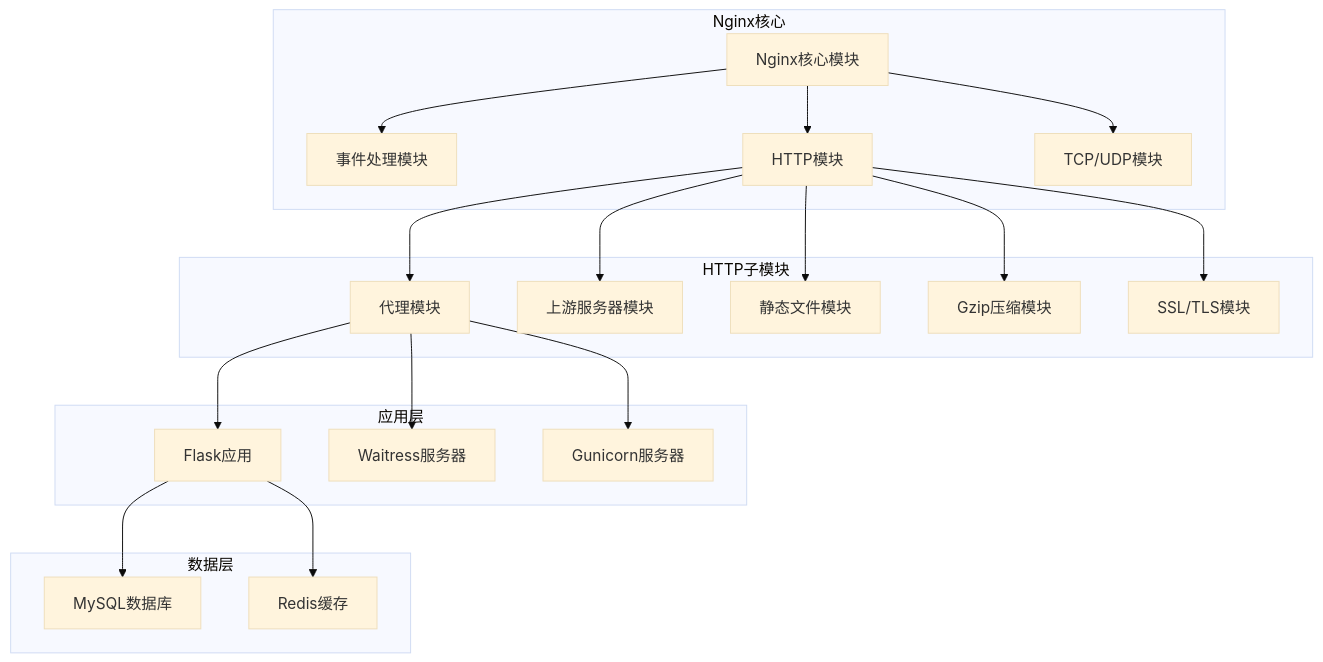
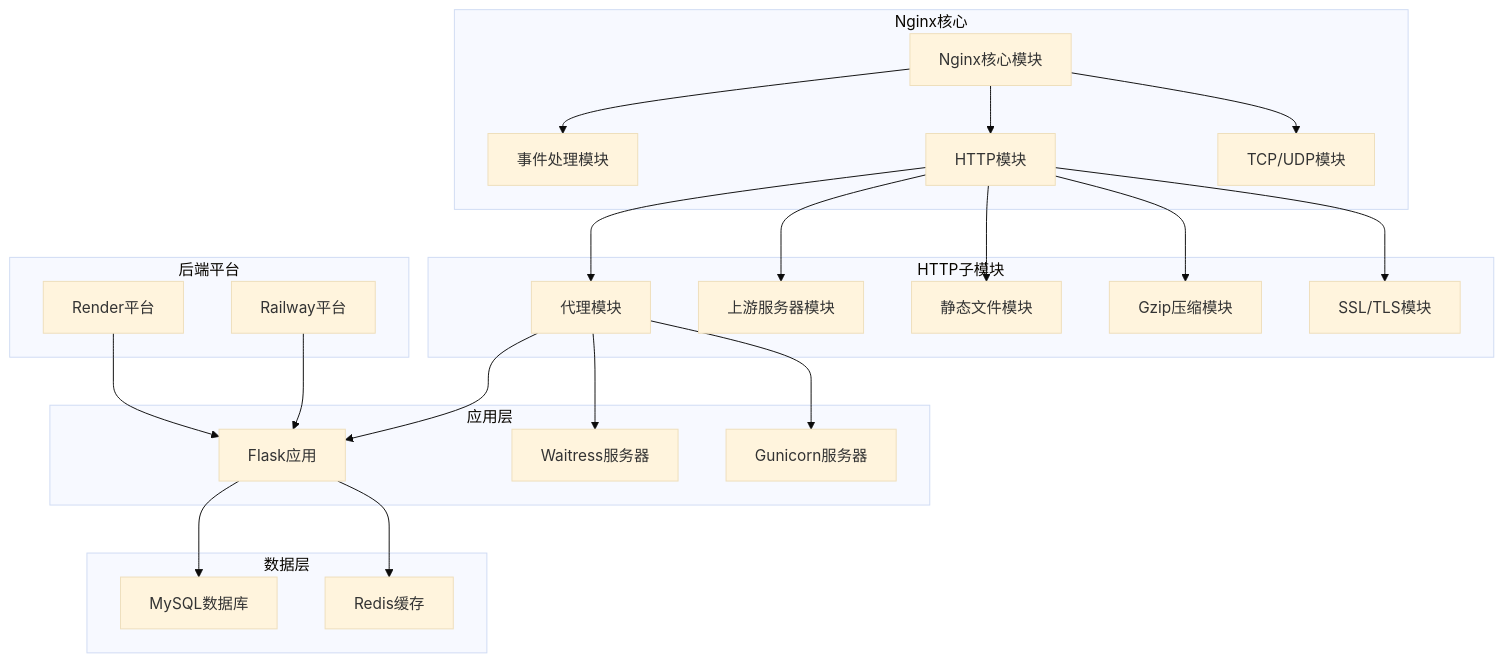
Before and after one commit to wyg5208/website_diy: the ninth of 11 diagrams in .qoder/repowiki/zh/content/技术架构设计/部署架构设计/Nginx反向代理配置.md, drawn with Mermaid (base theme). The commit also changed other lines of this file and 7 other files, not shown here.

````diff
--- a/.qoder/repowiki/zh/content/技术架构设计/部署架构设计/Nginx反向代理配置.md
+++ b/.qoder/repowiki/zh/content/技术架构设计/部署架构设计/Nginx反向代理配置.md
@@ -356,38 +384,44 @@
 ```mermaid
 graph TB
 subgraph "Nginx核心"
 Core[Nginx核心模块]
 Events[事件处理模块]
 Http[HTTP模块]
 Stream[TCP/UDP模块]
 end
 subgraph "HTTP子模块"
 Proxy[代理模块]
 Upstream[上游服务器模块]
 Static[静态文件模块]
 Gzip[Gzip压缩模块]
 SSL[SSL/TLS模块]
 end
 subgraph "应用层"
 Flask[Flask应用]
 Waitress[Waitress服务器]
 Gunicorn[Gunicorn服务器]
 end
 subgraph "数据层"
 MySQL[MySQL数据库]
 Redis[Redis缓存]
 end
+subgraph "后端平台"
+Render[Render平台]
+Railway[Railway平台]
+end
 Core --> Events
 Core --> Http
 Core --> Stream
 Http --> Proxy
 Http --> Upstream
 Http --> Static
 Http --> Gzip
 Http --> SSL
 Proxy --> Flask
 Proxy --> Waitress
 Proxy --> Gunicorn
 Flask --> MySQL
 Flask --> Redis
+Render --> Flask
+Railway --> Flask
 ```
````
